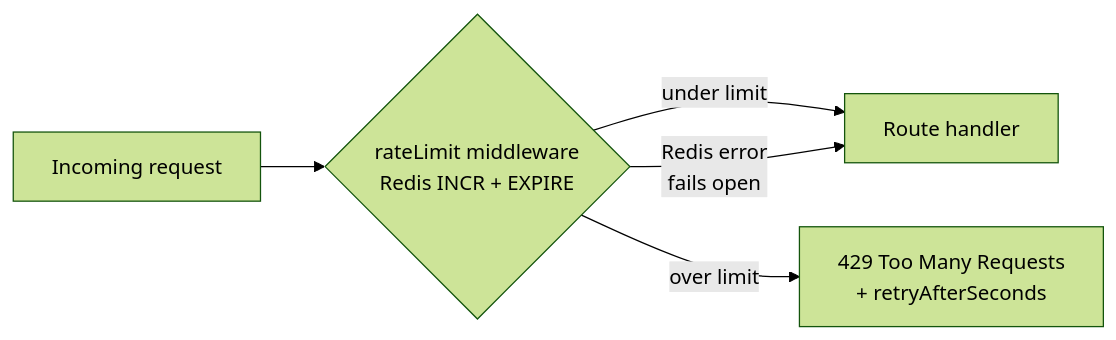
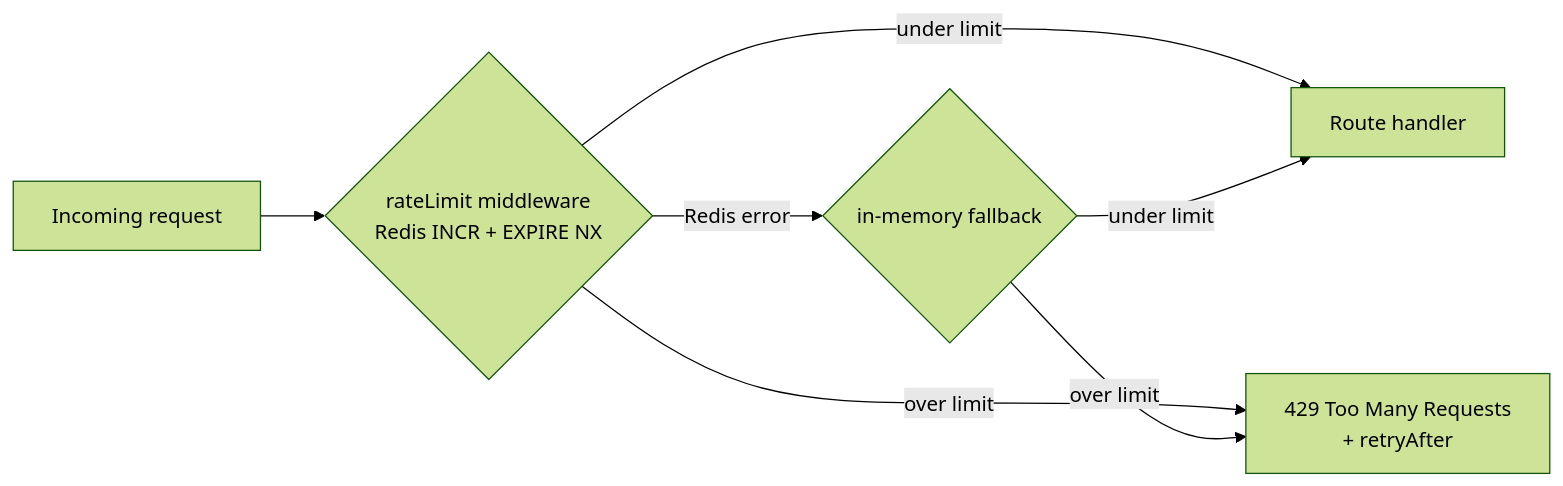
One commit to McVyp/meril-platform changed the third of 4 diagrams in README.md. Above: the diagram before and after it, drawn with Mermaid (forest theme). The commit also changed other lines of this file, not shown here.

Commit message:
docs: update webhook dedup, rate limiting and stack sections

````diff
--- a/README.md
+++ b/README.md
@@ -107,7 +111,9 @@
 ```mermaid
 flowchart LR
-  Req[Incoming request] --> RL{rateLimit middleware <br />Redis INCR + EXPIRE}
+  Req[Incoming request] --> RL{rateLimit middleware <br />Redis INCR + EXPIRE NX}
   RL -->|under limit| Handler[Route handler]
-  RL -->|over limit| R429[429 Too Many Requests<br/>+ retryAfterSeconds]
-  RL -->|Redis error<br />fails open| Handler
+  RL -->|over limit| R429[429 Too Many Requests<br/>+ retryAfter]
+  RL -->|Redis error| Mem{in-memory fallback}
+  Mem -->|under limit| Handler
+  Mem -->|over limit| R429
 ```
````
